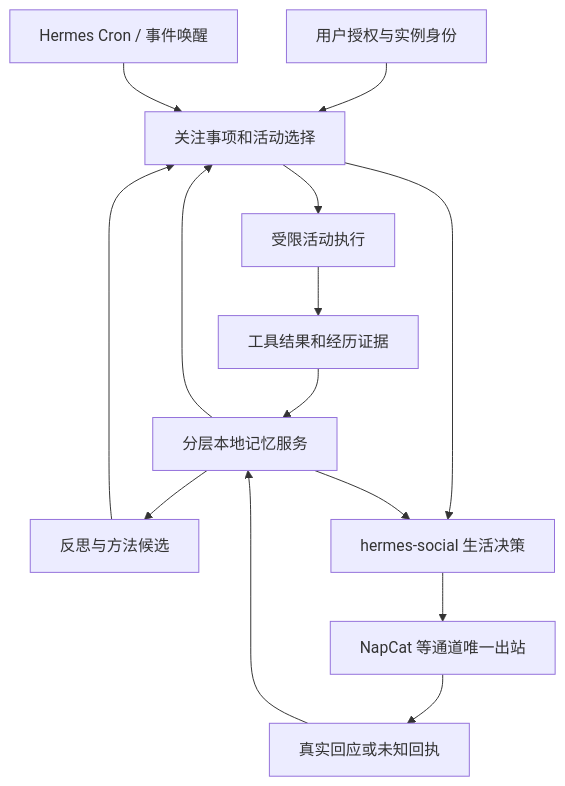
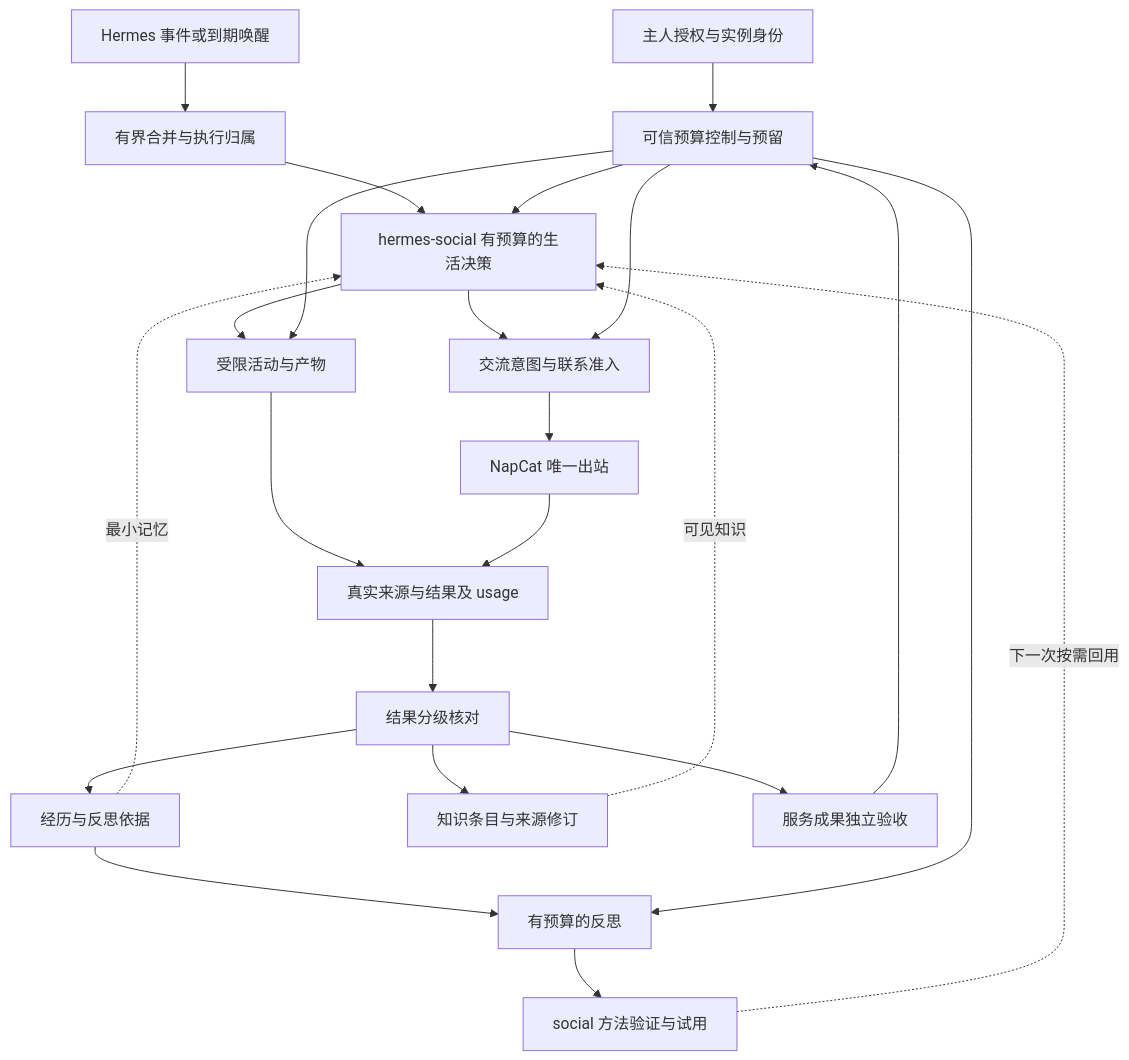
One commit to liaong13/hermes-companion changed the first of 2 diagrams in docs/互联网生活能力开发方案.md. Above: the diagram before and after it, drawn with Mermaid. The commit also changed other lines of this file and 6 other files, not shown here.

````diff
--- a/docs/互联网生活能力开发方案.md
+++ b/docs/互联网生活能力开发方案.md
@@ -79,16 +299,25 @@
 ```mermaid
 flowchart TD
-    U[用户授权与实例身份] --> P[关注事项和活动选择]
-    H[Hermes Cron / 事件唤醒] --> P
-    P --> A[受限活动执行]
-    A --> E[工具结果和经历证据]
-    E --> M[分层本地记忆服务]
-    M --> P
-    M --> R[反思与方法候选]
-    R --> P
-    P --> S[hermes-social 生活决策]
-    M --> S
-    S --> C[NapCat 等通道唯一出站]
-    C --> F[真实回应或未知回执]
-    F --> M
+    U[主人授权与实例身份] --> B[可信预算控制与预留]
+    H[Hermes 事件或到期唤醒] --> D[有界合并与执行归属]
+    D --> P[hermes-social 有预算的生活决策]
+    B --> P
+    P --> A[受限活动与产物]
+    B --> A
+    P --> S[交流意图与联系准入]
+    B --> S
+    S --> C[NapCat 唯一出站]
+    A --> E[真实来源与结果及 usage]
+    C --> E
+    E --> V[结果分级核对]
+    V --> M[经历与反思依据]
+    V --> K[知识条目与来源修订]
+    M -. 最小记忆 .-> P
+    K -. 可见知识 .-> P
+    M --> R[有预算的反思]
+    B --> R
+    R --> T[social 方法验证与试用]
+    T -. 下一次按需回用 .-> P
+    V --> G[服务成果独立验收]
+    G --> B
 ```
````
